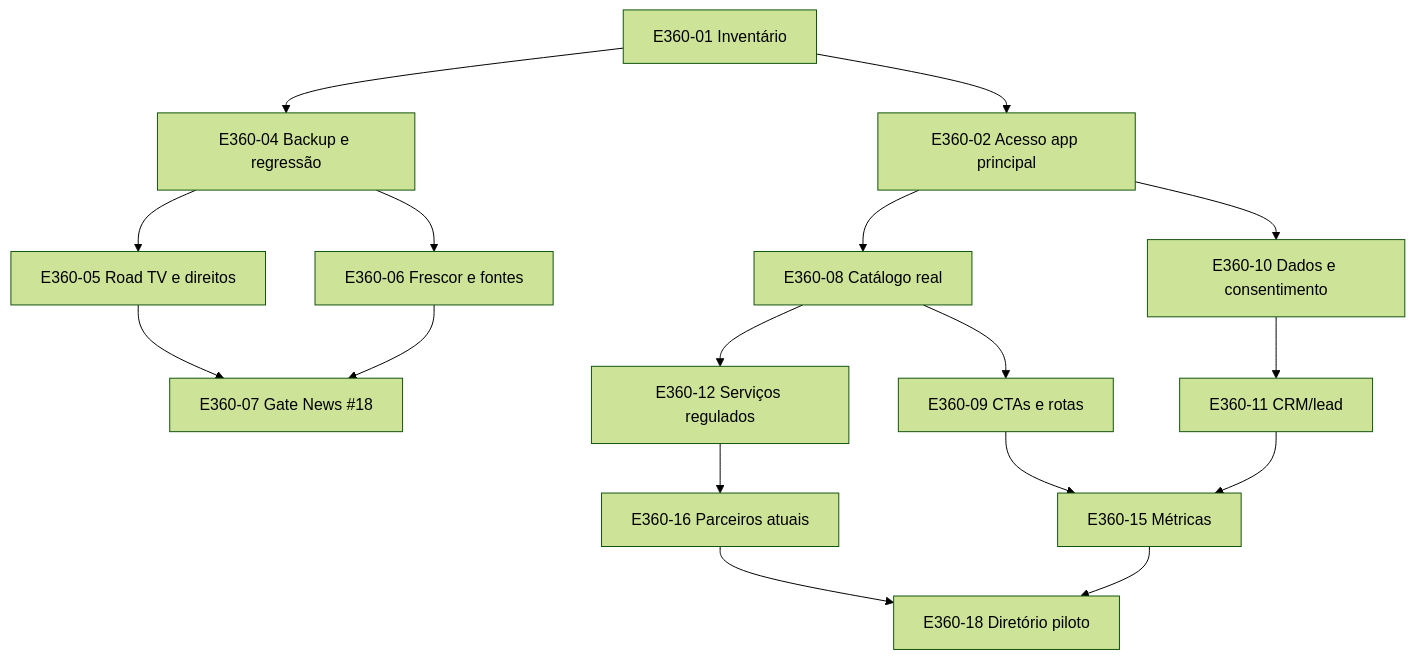
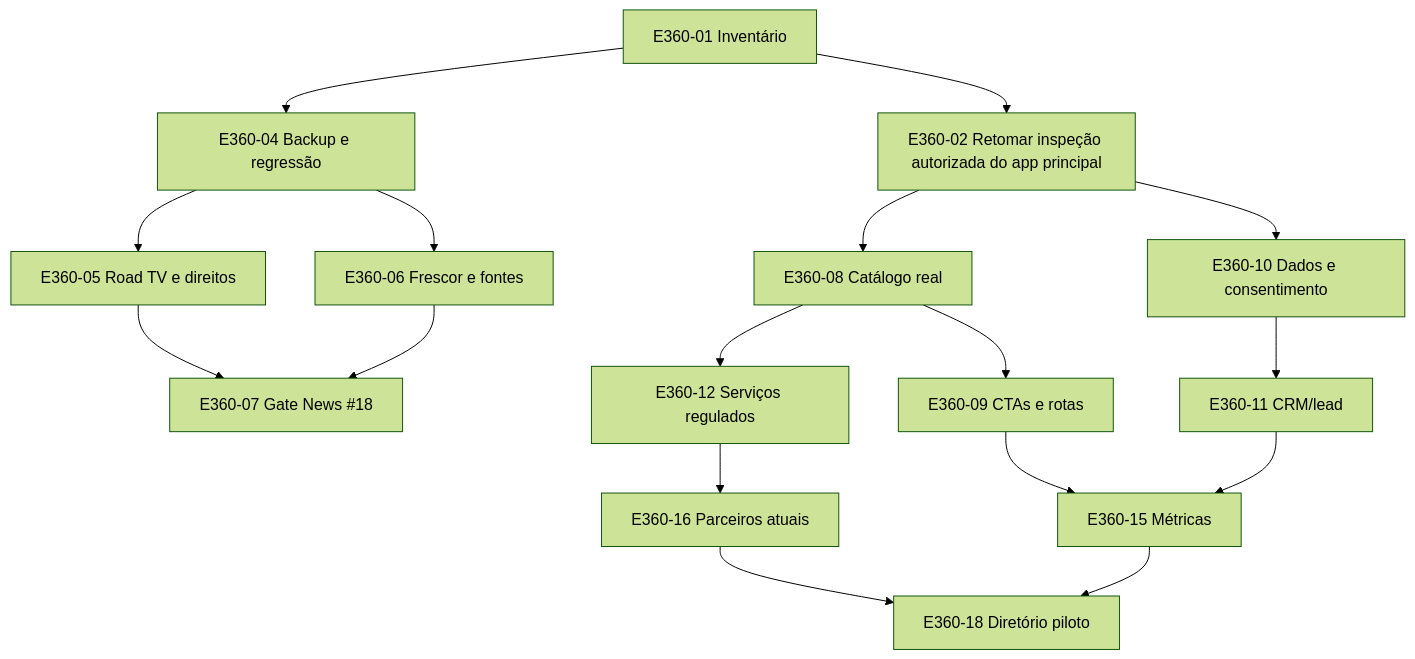
The diagram in docs/MASTER_BACKLOG.md (handsondispatcher/drivmatch-news), drawn with Mermaid (forest theme) before and after one commit. The commit also changed other lines of this file, not shown here.

Commit message:
docs: restore Ricardo authorized architecture and Lovable Supabase continuity

````diff
--- a/docs/MASTER_BACKLOG.md
+++ b/docs/MASTER_BACKLOG.md
@@ -68,19 +68,19 @@
 ```mermaid
 flowchart TD
- A[E360-01 Inventário] --> B[E360-02 Acesso app principal]
+ A[E360-01 Inventário] --> B[E360-02 Retomar inspeção autorizada do app principal]
  A --> C[E360-04 Backup e regressão]
  C --> D[E360-05 Road TV e direitos]
  C --> E[E360-06 Frescor e fontes]
  D --> F[E360-07 Gate News #18]
  E --> F
  B --> G[E360-08 Catálogo real]
  G --> H[E360-09 CTAs e rotas]
  B --> I[E360-10 Dados e consentimento]
  I --> J[E360-11 CRM/lead]
  H --> K[E360-15 Métricas]
  J --> K
  G --> L[E360-12 Serviços regulados]
  L --> M[E360-16 Parceiros atuais]
  M --> N[E360-18 Diretório piloto]
  K --> N
 ```
````
